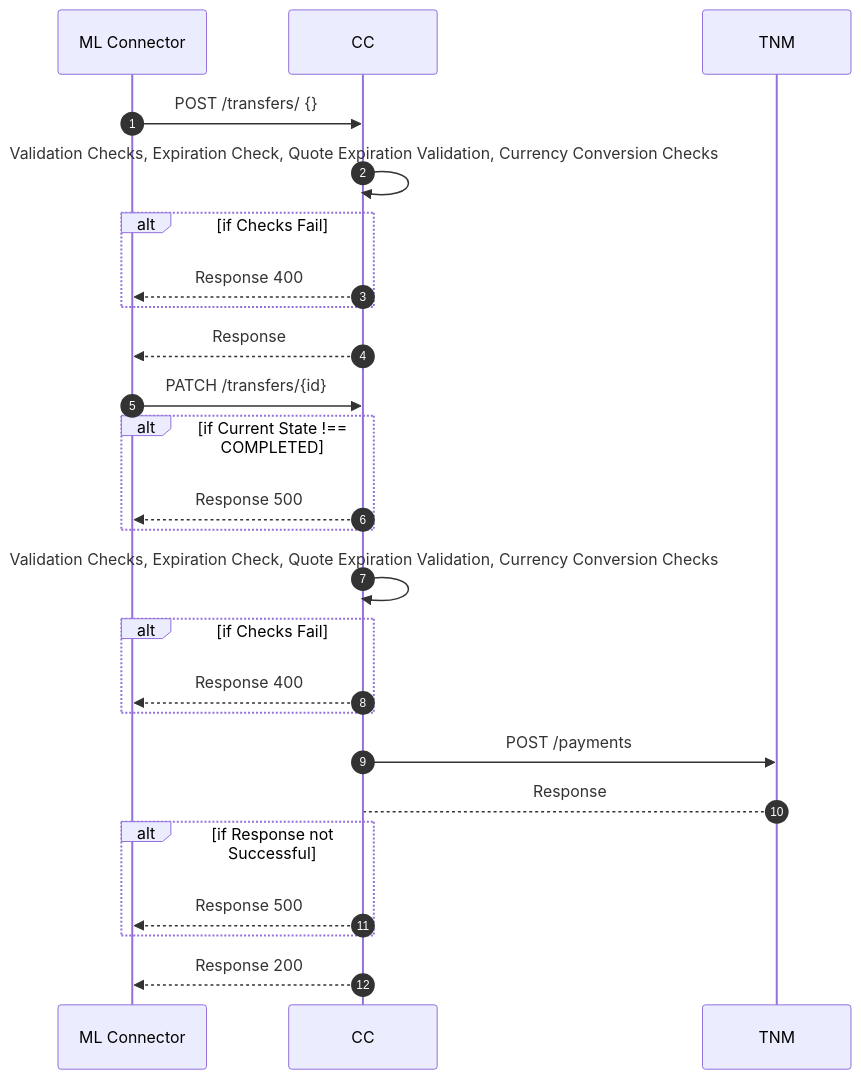
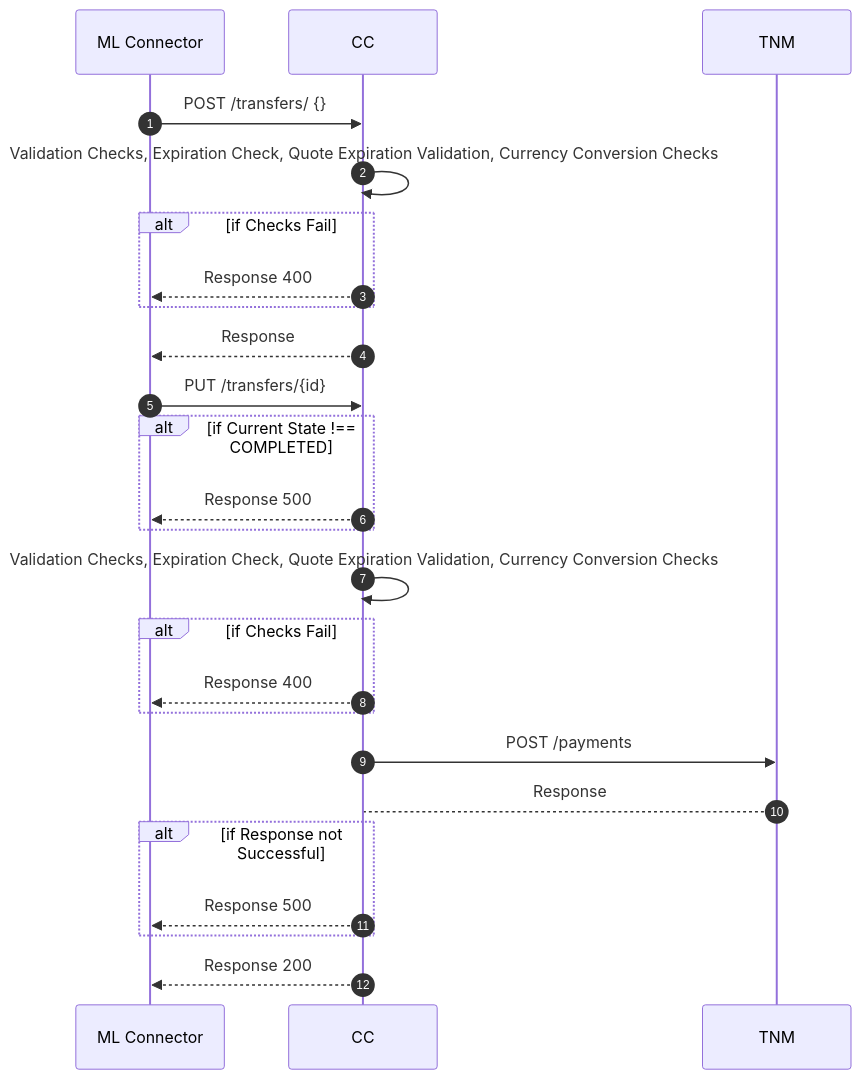
Before and after one commit to mojaloop/ml-reference-connectors: the diagram in tnm-mw-core-connector/docs/payee-recieve-transfer.md, drawn with Mermaid. The commit also changed 4 other files, not shown here.

````diff
--- a/tnm-mw-core-connector/docs/payee-recieve-transfer.md
+++ b/tnm-mw-core-connector/docs/payee-recieve-transfer.md
@@ -1,25 +1,25 @@
 ```mermaid
 sequenceDiagram
   autoNumber
 ML Connector ->> CC:  POST /transfers/ {}
 CC->>CC:Validation Checks, Expiration Check, Quote Expiration Validation, Currency Conversion Checks
 Alt if Checks Fail
 CC-->>ML Connector: Response 400
 End
 CC-->>ML Connector: Response
-ML Connector->>CC: PATCH /transfers/{id}
+ML Connector->>CC: PUT /transfers/{id}
 Alt if Current State !== COMPLETED
 CC-->>ML Connector: Response 500
 End
 CC->>CC: Validation Checks, Expiration Check, Quote Expiration Validation, Currency Conversion Checks
 Alt if Checks Fail
 CC-->>ML Connector: Response 400
 End
 CC->>TNM: POST /payments
 TNM-->CC: Response
 Alt if Response not Successful
 CC-->>ML Connector: Response 500
 End
 CC-->>ML Connector: Response 200
 
 ```
````
